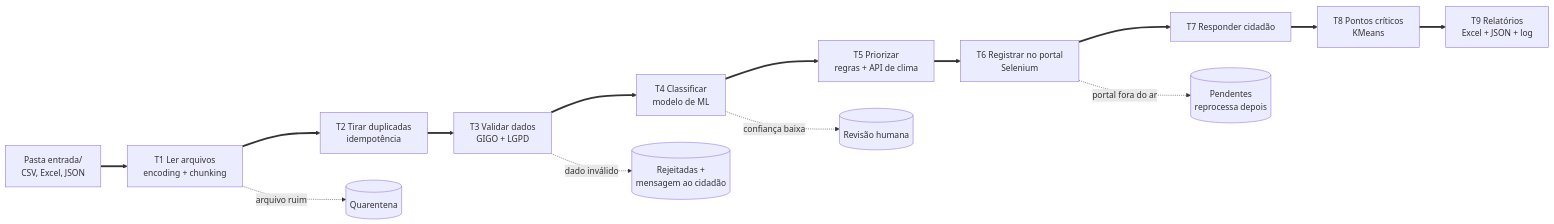
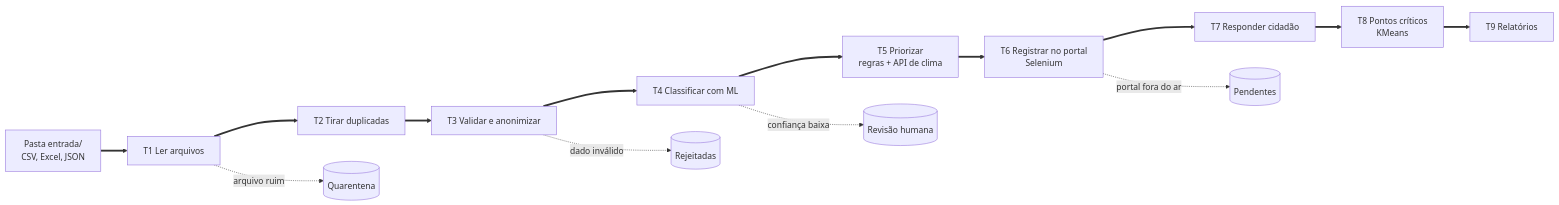
One commit to cacjr/zelabot changed the diagram in README.md. Above: the diagram before and after it, drawn with Mermaid. The commit also changed other lines of this file and 4 other files, not shown here.

````diff
--- a/README.md
+++ b/README.md
@@ -41,16 +23,16 @@
 ```mermaid
 flowchart LR
-    A[Pasta entrada/<br>CSV, Excel, JSON] ==> B[T1 Ler arquivos<br>encoding + chunking]
-    B ==> C[T2 Tirar duplicadas<br>idempotência]
-    C ==> D[T3 Validar dados<br>GIGO + LGPD]
-    D ==> E[T4 Classificar<br>modelo de ML]
+    A[Pasta entrada/<br>CSV, Excel, JSON] ==> B[T1 Ler arquivos]
+    B ==> C[T2 Tirar duplicadas]
+    C ==> D[T3 Validar e anonimizar]
+    D ==> E[T4 Classificar com ML]
     E ==> F[T5 Priorizar<br>regras + API de clima]
     F ==> G[T6 Registrar no portal<br>Selenium]
     G ==> H[T7 Responder cidadão]
     H ==> I[T8 Pontos críticos<br>KMeans]
-    I ==> J[T9 Relatórios<br>Excel + JSON + log]
+    I ==> J[T9 Relatórios]
     B -. arquivo ruim .-> Q[(Quarentena)]
-    D -. dado inválido .-> R[(Rejeitadas +<br>mensagem ao cidadão)]
+    D -. dado inválido .-> R[(Rejeitadas)]
     E -. confiança baixa .-> S[(Revisão humana)]
-    G -. portal fora do ar .-> P[(Pendentes<br>reprocessa depois)]
+    G -. portal fora do ar .-> P[(Pendentes)]
 ```
````
